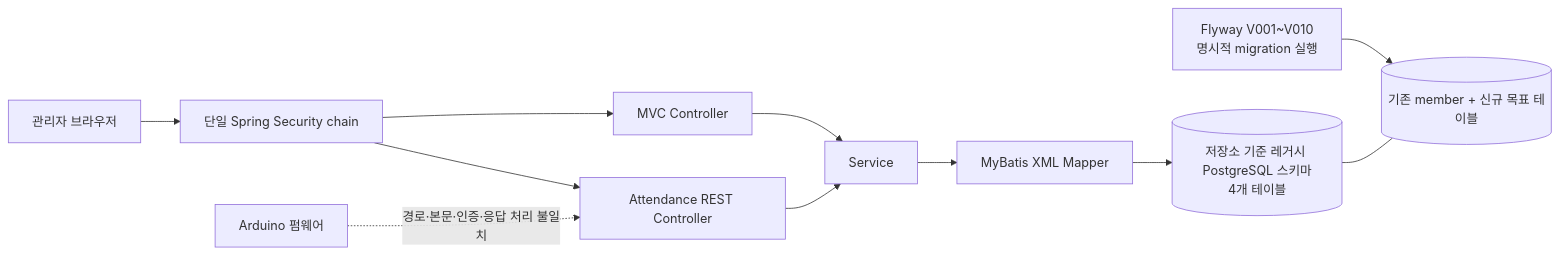
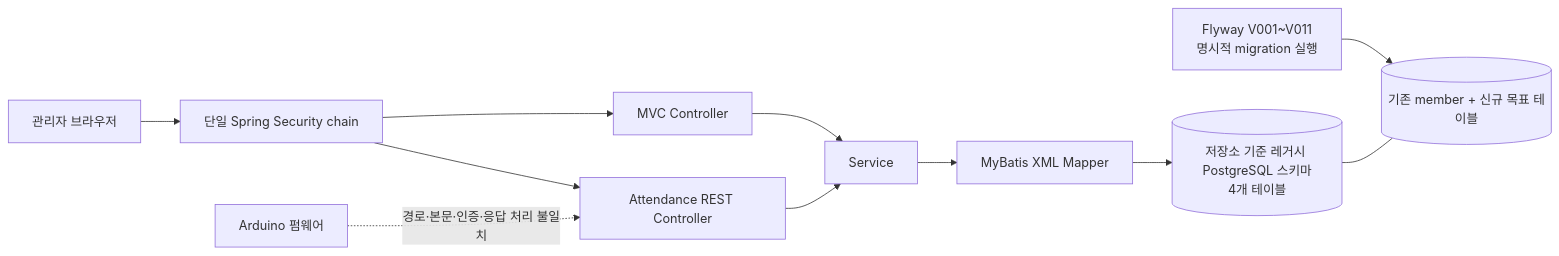
The first of 6 diagrams in docs/ARCHITECTURE.md (jinhokingofworld/attend), drawn with Mermaid before and after one commit. The commit also changed other lines of this file and 14 other files, not shown here.

````diff
--- a/docs/ARCHITECTURE.md
+++ b/docs/ARCHITECTURE.md
@@ -121,13 +121,13 @@
 ```mermaid
 flowchart LR
     B["관리자 브라우저"] --> SC["단일 Spring Security chain"]
     SC --> MVC["MVC Controller"]
     SC --> API["Attendance REST Controller"]
     MVC --> S["Service"]
     API --> S
     S --> M["MyBatis XML Mapper"]
     M --> LDB[("저장소 기준 레거시 PostgreSQL 스키마<br>4개 테이블")]
-    FLY["Flyway V001~V010<br>명시적 migration 실행"] --> TDB[("기존 member + 신규 목표 테이블")]
+    FLY["Flyway V001~V011<br>명시적 migration 실행"] --> TDB[("기존 member + 신규 목표 테이블")]
     LDB --- TDB
     NFC["Arduino 펌웨어"] -. "경로·본문·인증·응답 처리 불일치" .-> API
 ```
````
